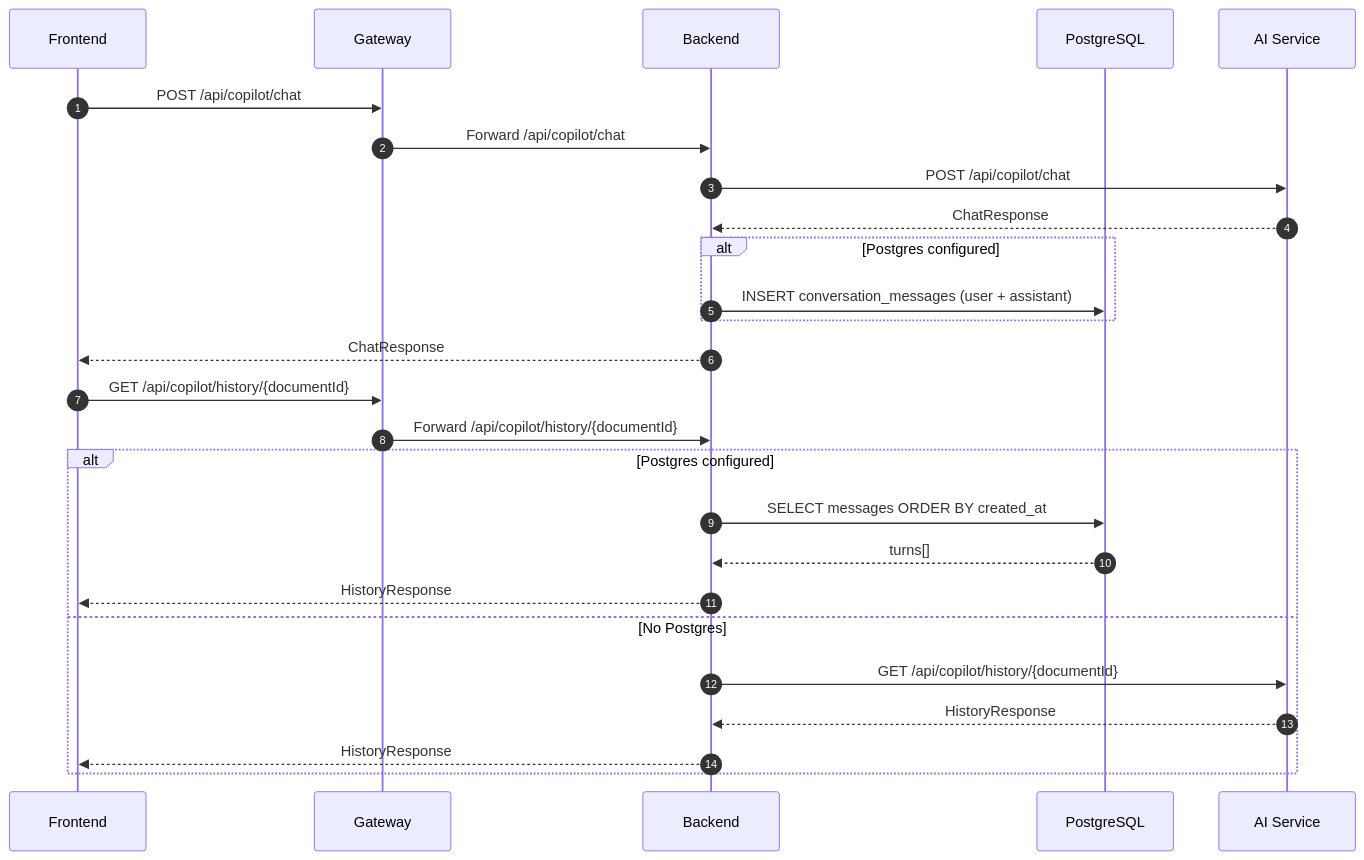
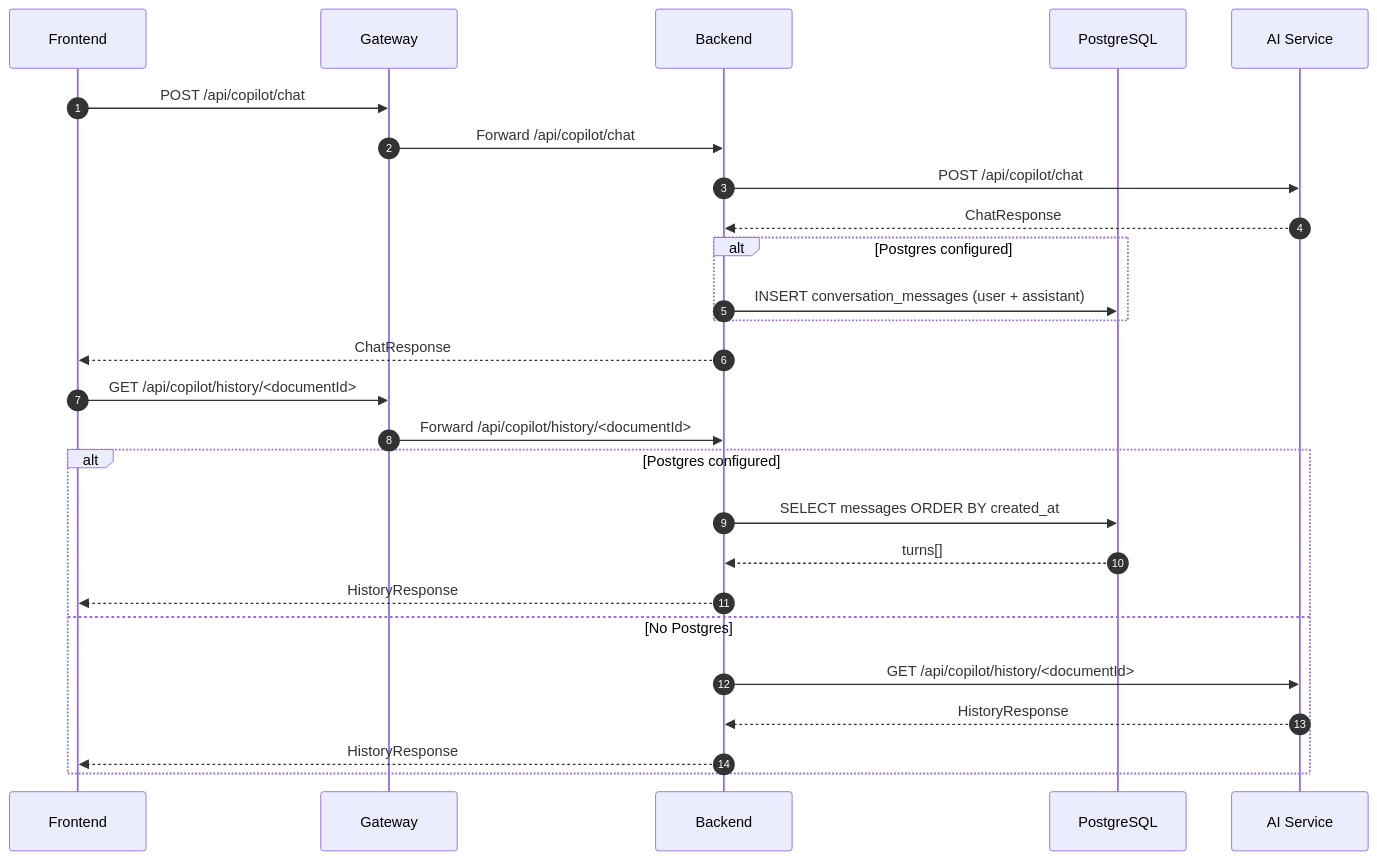
One commit to Kunal88591/AI-Legal-Document-Analyser changed the third of 5 diagrams in README.md. Above: the diagram before and after it, drawn with Mermaid. The commit also changed other lines of this file and 1 other file, not shown here.

````diff
--- a/README.md
+++ b/README.md
@@ -99,30 +111,30 @@
 ```mermaid
 sequenceDiagram
    autonumber
    participant UI as Frontend
    participant GW as Gateway
    participant BE as Backend
    participant DB as PostgreSQL
    participant AI as AI Service
 
    UI->>GW: POST /api/copilot/chat
    GW->>BE: Forward /api/copilot/chat
    BE->>AI: POST /api/copilot/chat
    AI-->>BE: ChatResponse
    alt Postgres configured
       BE->>DB: INSERT conversation_messages (user + assistant)
    end
    BE-->>UI: ChatResponse
 
-   UI->>GW: GET /api/copilot/history/{documentId}
-   GW->>BE: Forward /api/copilot/history/{documentId}
+   UI->>GW: GET /api/copilot/history/<documentId>
+   GW->>BE: Forward /api/copilot/history/<documentId>
    alt Postgres configured
       BE->>DB: SELECT messages ORDER BY created_at
       DB-->>BE: turns[]
       BE-->>UI: HistoryResponse
    else No Postgres
-      BE->>AI: GET /api/copilot/history/{documentId}
+      BE->>AI: GET /api/copilot/history/<documentId>
       AI-->>BE: HistoryResponse
       BE-->>UI: HistoryResponse
    end
 ```
````
